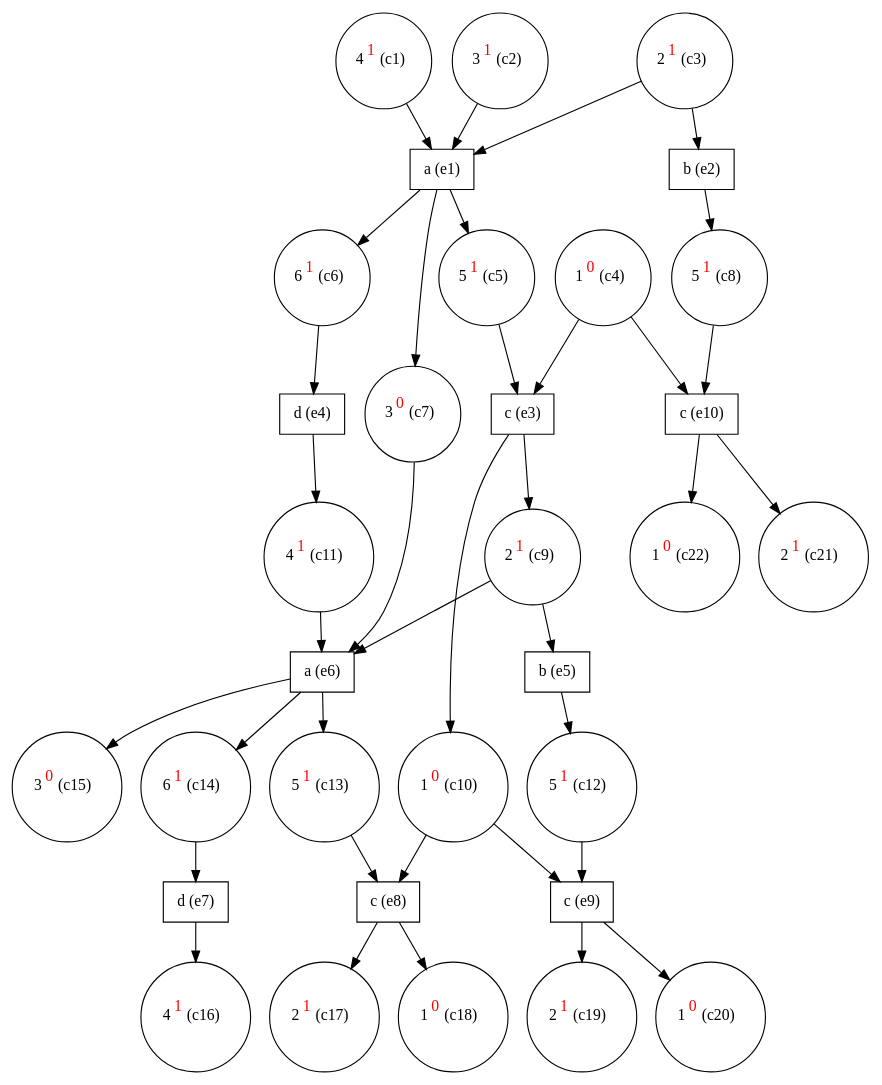
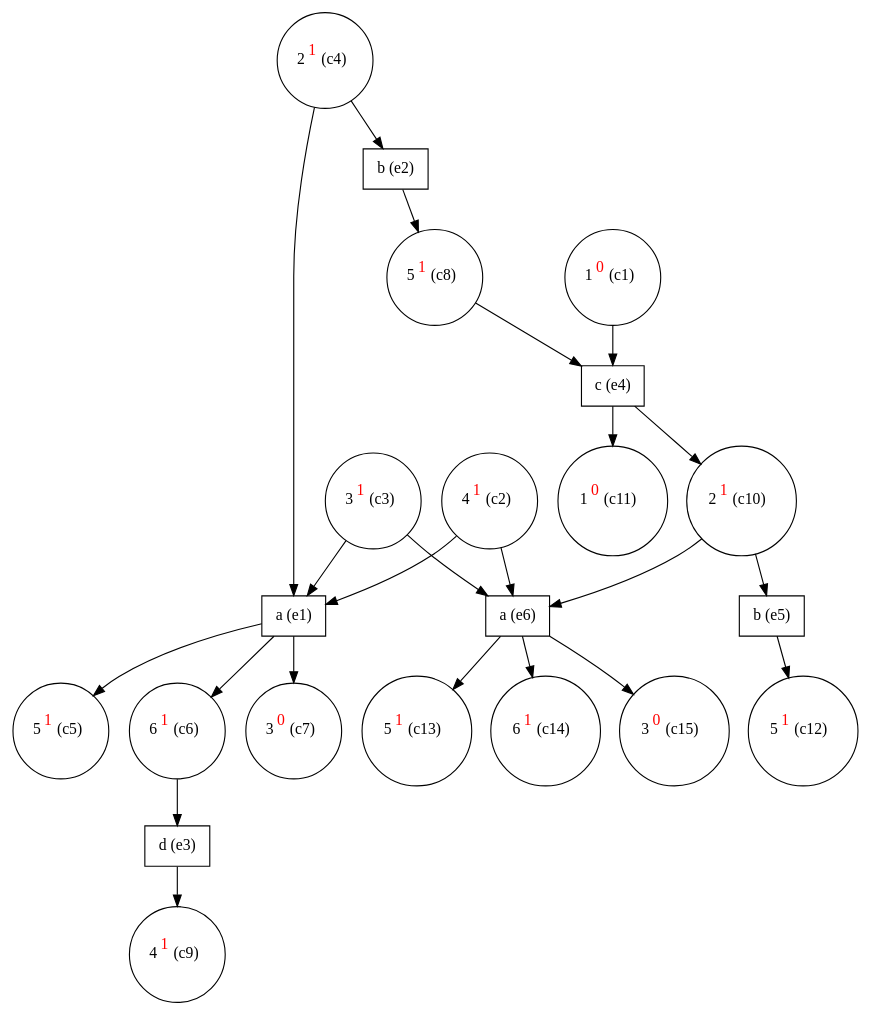
One commit to giannkas/ecofolder changed the diagram in medium_eg.dot. Above: the diagram before and after it, drawn with Graphviz. The commit also changed 21 other files, not shown here.

```diff
--- a/medium_eg.dot
+++ b/medium_eg.dot
@@ -1,70 +1,45 @@
 digraph test {
-  c1 -> e1;
+  c1 -> e4;
+  c2 -> e6;
   c2 -> e1;
-  c3 -> e2;
+  c3 -> e6;
   c3 -> e1;
-  c4 -> e10;
-  c4 -> e3;
+  c4 -> e2;
+  c4 -> e1;
   e1 -> c5;
-  c5 -> e3;
   e1 -> c6;
-  c6 -> e4;
+  c6 -> e3;
   e1 -> c7;
-  c7 -> e6;
   e2 -> c8;
-  c8 -> e10;
+  c8 -> e4;
   e3 -> c9;
-  c9 -> e6;
-  c9 -> e5;
-  e3 -> c10;
-  c10 -> e8;
-  c10 -> e9;
+  e4 -> c10;
+  c10 -> e5;
+  c10 -> e6;
   e4 -> c11;
-  c11 -> e6;
   e5 -> c12;
-  c12 -> e9;
   e6 -> c13;
-  c13 -> e8;
   e6 -> c14;
-  c14 -> e7;
   e6 -> c15;
-  e7 -> c16;
-  e8 -> c17;
-  e8 -> c18;
-  e9 -> c19;
-  e9 -> c20;
-  e10 -> c21;
-  e10 -> c22;
-  c1 [label= <4<FONT COLOR="red"><SUP>1</SUP></FONT>&nbsp;(c1)> shape=circle];
-  c2 [label= <3<FONT COLOR="red"><SUP>1</SUP></FONT>&nbsp;(c2)> shape=circle];
-  c3 [label= <2<FONT COLOR="red"><SUP>1</SUP></FONT>&nbsp;(c3)> shape=circle];
-  c4 [label= <1<FONT COLOR="red"><SUP>0</SUP></FONT>&nbsp;(c4)> shape=circle];
+  c1 [label= <1<FONT COLOR="red"><SUP>0</SUP></FONT>&nbsp;(c1)> shape=circle];
+  c2 [label= <4<FONT COLOR="red"><SUP>1</SUP></FONT>&nbsp;(c2)> shape=circle];
+  c3 [label= <3<FONT COLOR="red"><SUP>1</SUP></FONT>&nbsp;(c3)> shape=circle];
+  c4 [label= <2<FONT COLOR="red"><SUP>1</SUP></FONT>&nbsp;(c4)> shape=circle];
   c5 [label= <5<FONT COLOR="red"><SUP>1</SUP></FONT>&nbsp;(c5)> shape=circle];
   c6 [label= <6<FONT COLOR="red"><SUP>1</SUP></FONT>&nbsp;(c6)> shape=circle];
   c7 [label= <3<FONT COLOR="red"><SUP>0</SUP></FONT>&nbsp;(c7)> shape=circle];
   c8 [label= <5<FONT COLOR="red"><SUP>1</SUP></FONT>&nbsp;(c8)> shape=circle];
-  c9 [label= <2<FONT COLOR="red"><SUP>1</SUP></FONT>&nbsp;(c9)> shape=circle];
-  c10 [label= <1<FONT COLOR="red"><SUP>0</SUP></FONT>&nbsp;(c10)> shape=circle];
-  c11 [label= <4<FONT COLOR="red"><SUP>1</SUP></FONT>&nbsp;(c11)> shape=circle];
+  c9 [label= <4<FONT COLOR="red"><SUP>1</SUP></FONT>&nbsp;(c9)> shape=circle];
+  c10 [label= <2<FONT COLOR="red"><SUP>1</SUP></FONT>&nbsp;(c10)> shape=circle];
+  c11 [label= <1<FONT COLOR="red"><SUP>0</SUP></FONT>&nbsp;(c11)> shape=circle];
   c12 [label= <5<FONT COLOR="red"><SUP>1</SUP></FONT>&nbsp;(c12)> shape=circle];
   c13 [label= <5<FONT COLOR="red"><SUP>1</SUP></FONT>&nbsp;(c13)> shape=circle];
   c14 [label= <6<FONT COLOR="red"><SUP>1</SUP></FONT>&nbsp;(c14)> shape=circle];
   c15 [label= <3<FONT COLOR="red"><SUP>0</SUP></FONT>&nbsp;(c15)> shape=circle];
-  c16 [label= <4<FONT COLOR="red"><SUP>1</SUP></FONT>&nbsp;(c16)> shape=circle];
-  c17 [label= <2<FONT COLOR="red"><SUP>1</SUP></FONT>&nbsp;(c17)> shape=circle];
-  c18 [label= <1<FONT COLOR="red"><SUP>0</SUP></FONT>&nbsp;(c18)> shape=circle];
-  c19 [label= <2<FONT COLOR="red"><SUP>1</SUP></FONT>&nbsp;(c19)> shape=circle];
-  c20 [label= <1<FONT COLOR="red"><SUP>0</SUP></FONT>&nbsp;(c20)> shape=circle];
-  c21 [label= <2<FONT COLOR="red"><SUP>1</SUP></FONT>&nbsp;(c21)> shape=circle];
-  c22 [label= <1<FONT COLOR="red"><SUP>0</SUP></FONT>&nbsp;(c22)> shape=circle];
   e1 [label="a (e1)" shape=box];
   e2 [label="b (e2)" shape=box];
-  e3 [label="c (e3)" shape=box];
-  e4 [label="d (e4)" shape=box];
+  e3 [label="d (e3)" shape=box];
+  e4 [label="c (e4)" shape=box];
   e5 [label="b (e5)" shape=box];
   e6 [label="a (e6)" shape=box];
-  e7 [label="d (e7)" shape=box];
-  e8 [label="c (e8)" shape=box];
-  e9 [label="c (e9)" shape=box];
-  e10 [label="c (e10)" shape=box];
 }
```
